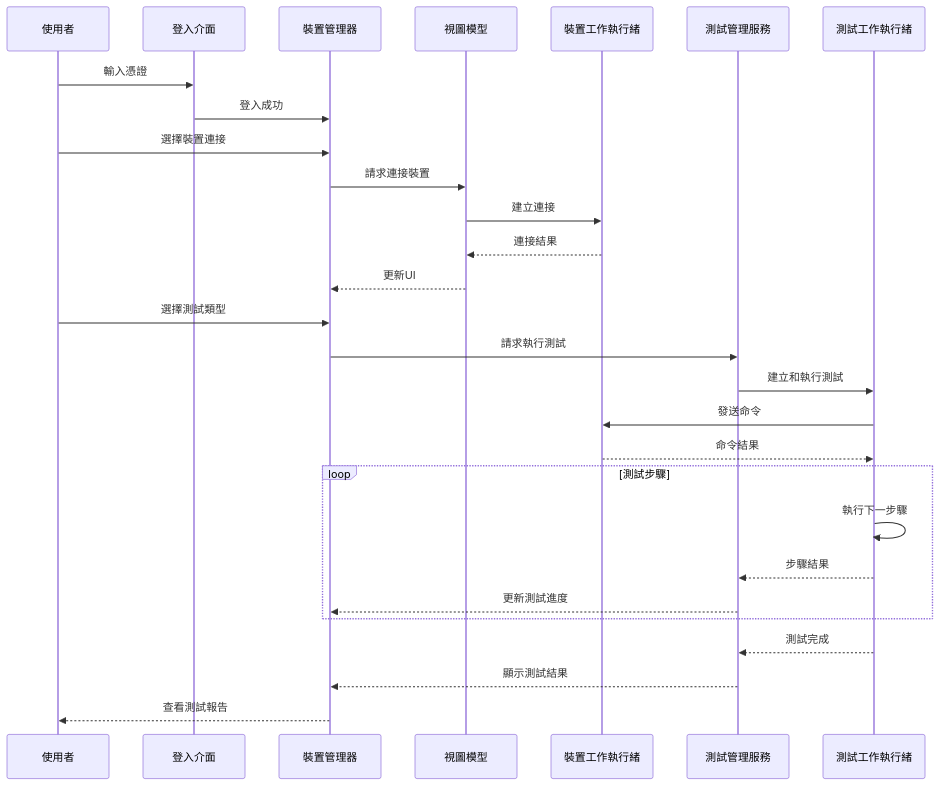
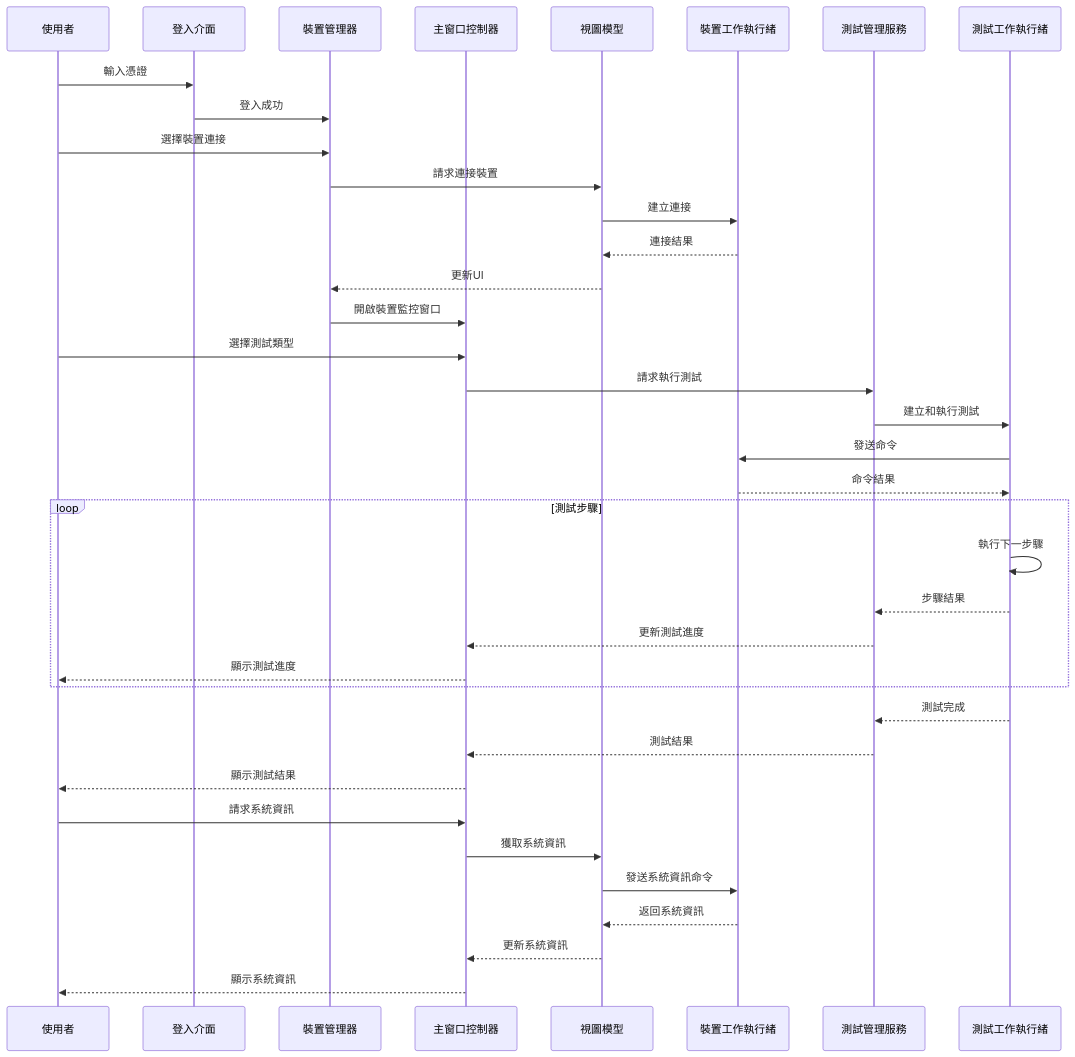
Before and after one commit to MingYuan-Chen/orion_v2: the fifth of 9 diagrams in orion_developer_document.md, drawn with Mermaid. The commit also changed other lines of this file, not shown here.

````diff
--- a/orion_developer_document.md
+++ b/orion_developer_document.md
@@ -179,34 +193,44 @@
 ```mermaid
 sequenceDiagram
     participant User as 使用者
     participant Login as 登入介面
     participant DM as 裝置管理器
+    participant MC as 主窗口控制器
     participant VM as 視圖模型
     participant Worker as 裝置工作執行緒
     participant TestMgr as 測試管理服務
     participant TestWorker as 測試工作執行緒
     
     User->>Login: 輸入憑證
     Login->>DM: 登入成功
     User->>DM: 選擇裝置連接
     DM->>VM: 請求連接裝置
     VM->>Worker: 建立連接
     Worker-->>VM: 連接結果
     VM-->>DM: 更新UI
+    DM->>MC: 開啟裝置監控窗口
     
-    User->>DM: 選擇測試類型
-    DM->>TestMgr: 請求執行測試
+    User->>MC: 選擇測試類型
+    MC->>TestMgr: 請求執行測試
     TestMgr->>TestWorker: 建立和執行測試
     TestWorker->>Worker: 發送命令
     Worker-->>TestWorker: 命令結果
     
     loop 測試步驟
         TestWorker->>TestWorker: 執行下一步驟
         TestWorker-->>TestMgr: 步驟結果
-        TestMgr-->>DM: 更新測試進度
+        TestMgr-->>MC: 更新測試進度
+        MC-->>User: 顯示測試進度
     end
     
     TestWorker-->>TestMgr: 測試完成
-    TestMgr-->>DM: 顯示測試結果
-    DM-->>User: 查看測試報告
+    TestMgr-->>MC: 測試結果
+    MC-->>User: 顯示測試結果
+    
+    User->>MC: 請求系統資訊
+    MC->>VM: 獲取系統資訊
+    VM->>Worker: 發送系統資訊命令
+    Worker-->>VM: 返回系統資訊
+    VM-->>MC: 更新系統資訊
+    MC-->>User: 顯示系統資訊
 ```
````
